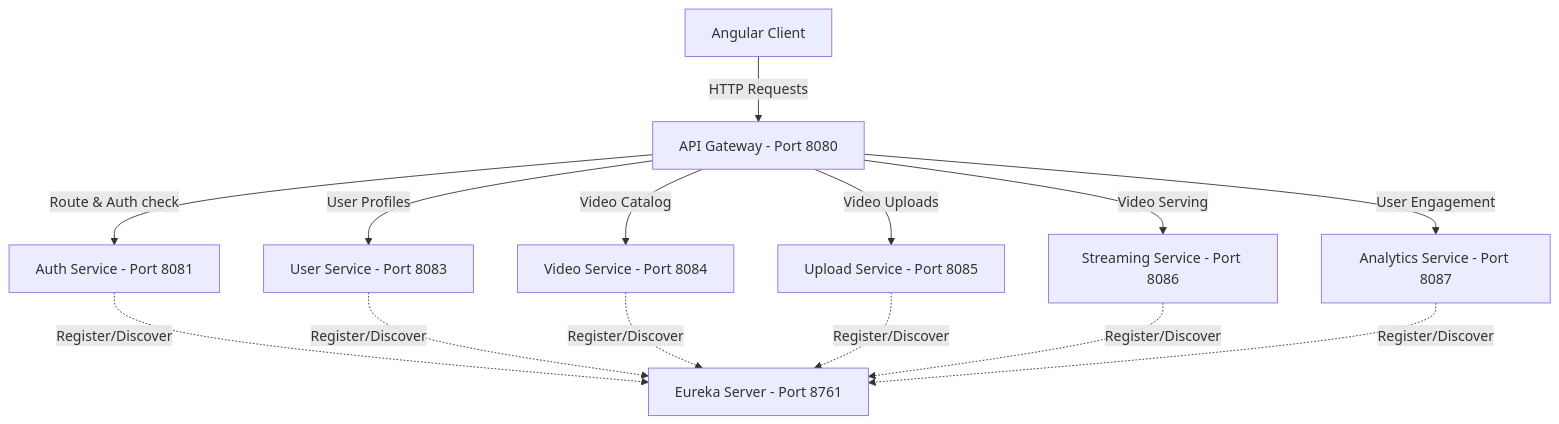
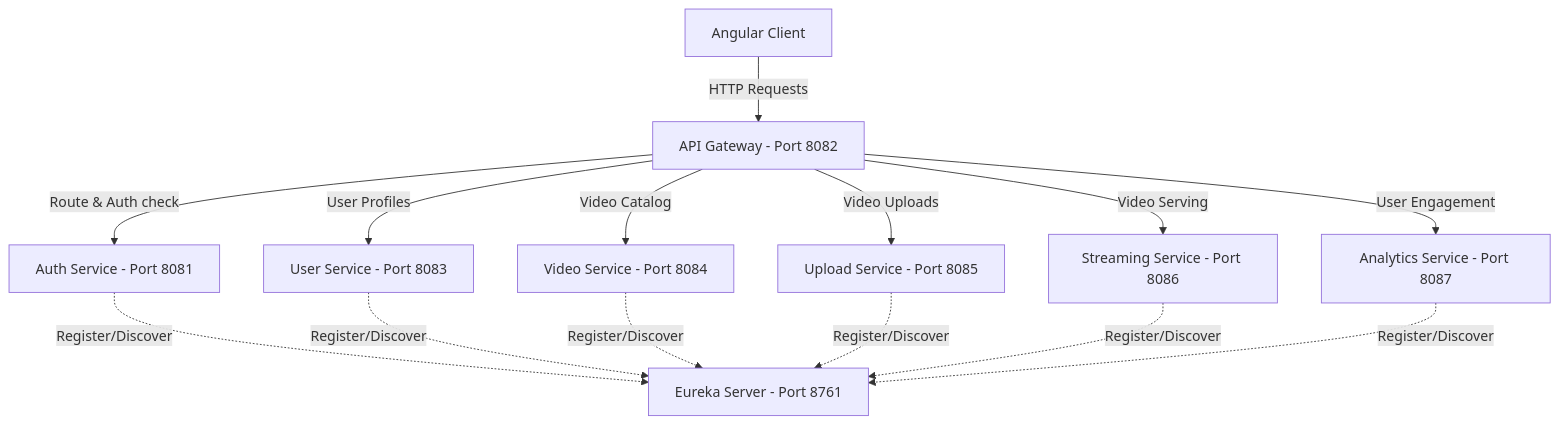
The diagram in README.md (JIBANJYOTIMOHANTY/video-streaming-backend), drawn with Mermaid before and after one commit. The commit also changed other lines of this file, not shown here.

Commit message:
docs: update README with API gateway port change, Spring Cloud Gateway MVC migration, and improved startup instructions

````diff
--- a/README.md
+++ b/README.md
@@ -11,17 +11,17 @@
 ```mermaid
 graph TD
-    Client[Angular Client] -->|HTTP Requests| Gateway[API Gateway - Port 8080]
+    Client[Angular Client] -->|HTTP Requests| Gateway[API Gateway - Port 8082]
     Gateway -->|Route & Auth check| AuthService[Auth Service - Port 8081]
     Gateway -->|User Profiles| UserService[User Service - Port 8083]
     Gateway -->|Video Catalog| VideoService[Video Service - Port 8084]
     Gateway -->|Video Uploads| UploadService[Upload Service - Port 8085]
     Gateway -->|Video Serving| StreamingService[Streaming Service - Port 8086]
     Gateway -->|User Engagement| AnalyticsService[Analytics Service - Port 8087]
     
     AuthService -.->|Register/Discover| Eureka[Eureka Server - Port 8761]
     UserService -.->|Register/Discover| Eureka
     VideoService -.->|Register/Discover| Eureka
     UploadService -.->|Register/Discover| Eureka
     StreamingService -.->|Register/Discover| Eureka
     AnalyticsService -.->|Register/Discover| Eureka
 ```
````
